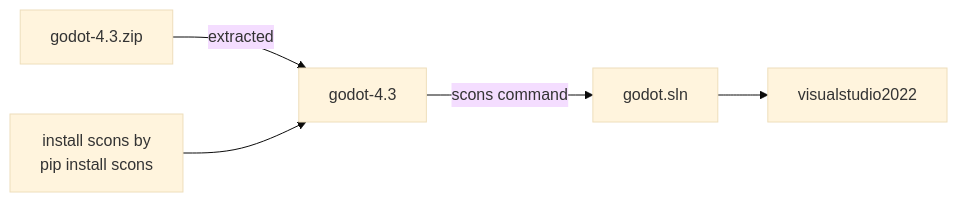
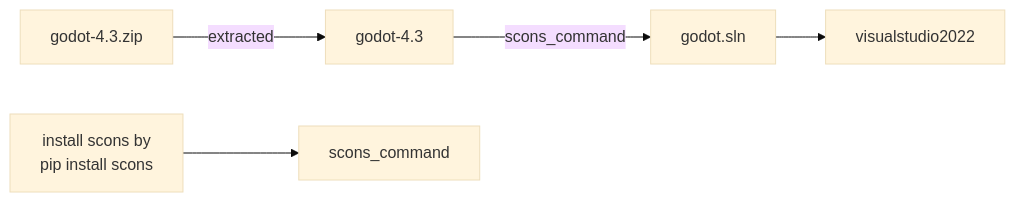
The diagram in README.md (jamad/Pixelorama), drawn with Mermaid (base theme) before and after one commit.

````diff
--- a/README.md
+++ b/README.md
@@ -31,8 +31,8 @@
 ```mermaid
 
 graph LR
 
-godot-4.3.zip -- extracted --> godot-4.3 -- scons command -->  godot.sln --> visualstudio2022 
-scons["install scons by <br>pip install scons"] --> godot-4.3 
+godot-4.3.zip -- extracted --> godot-4.3 -- scons_command -->  godot.sln --> visualstudio2022 
+scons["install scons by <br>pip install scons"] --> scons_command
 
 ```
````
